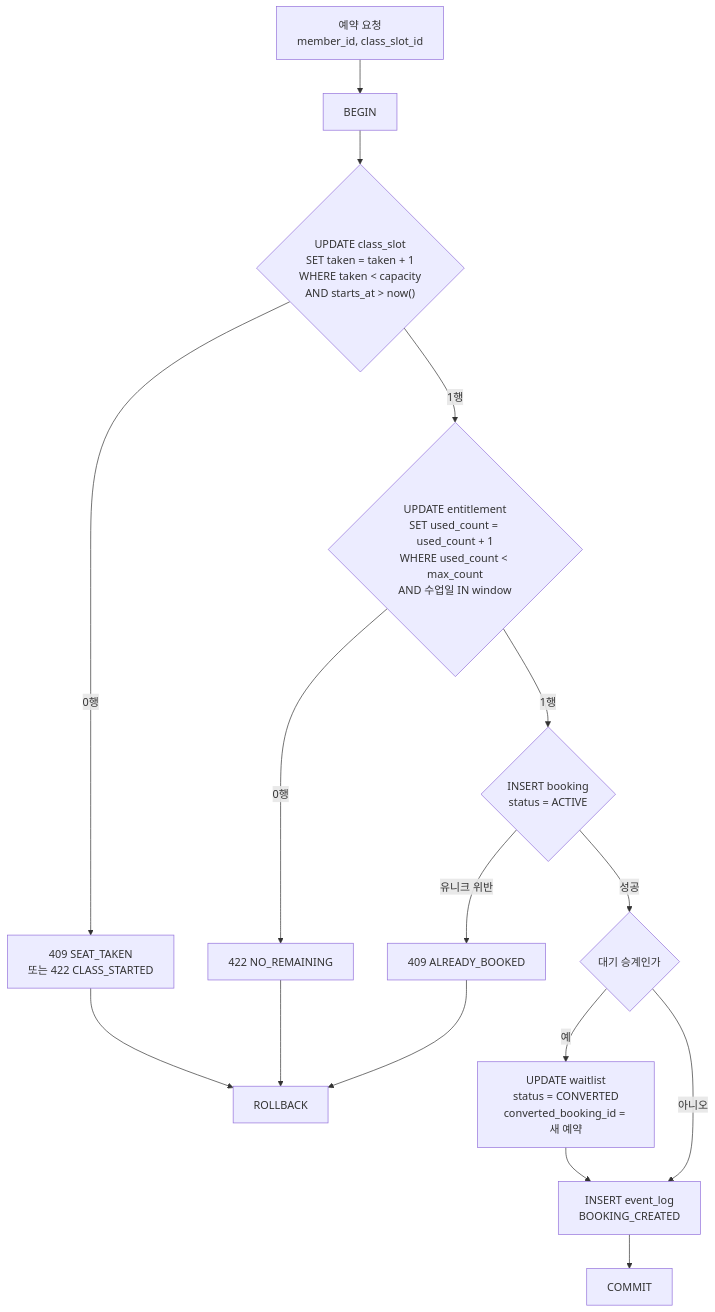
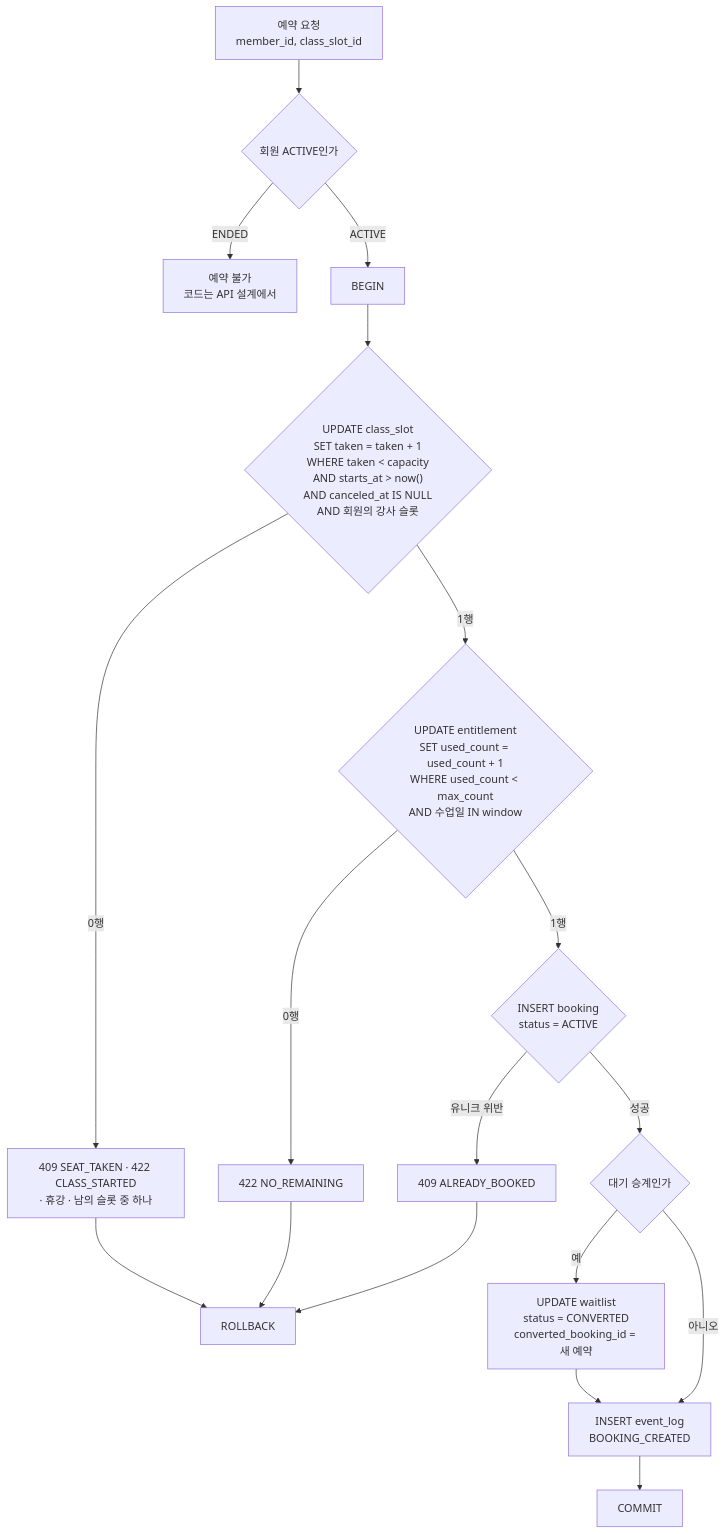
One commit to Fit-link-v2/FitLink-BE changed the first of 3 diagrams in docs/spec/booking/write-paths.md. Above: the diagram before and after it, drawn with Mermaid. The commit also changed other lines of this file and 17 other files, not shown here.

````diff
--- a/docs/spec/booking/write-paths.md
+++ b/docs/spec/booking/write-paths.md
@@ -11,18 +16,20 @@
 ```mermaid
 flowchart TD
-    A["예약 요청<br/>member_id, class_slot_id"] --> B["BEGIN"]
-    B --> C{"UPDATE class_slot<br/>SET taken = taken + 1<br/>WHERE taken < capacity<br/>AND starts_at > now()"}
-    C -->|"0행"| C1["409 SEAT_TAKEN<br/>또는 422 CLASS_STARTED"]
+    A["예약 요청<br/>member_id, class_slot_id"] --> A1{"회원 ACTIVE인가"}
+    A1 -->|"ENDED"| A2["예약 불가<br/>코드는 API 설계에서"]
+    A1 -->|"ACTIVE"| B["BEGIN"]
+    B --> C{"UPDATE class_slot<br/>SET taken = taken + 1<br/>WHERE taken < capacity<br/>AND starts_at > now()<br/>AND canceled_at IS NULL<br/>AND 회원의 강사 슬롯"}
+    C -->|"0행"| C1["409 SEAT_TAKEN · 422 CLASS_STARTED<br/>· 휴강 · 남의 슬롯 중 하나"]
     C -->|"1행"| D{"UPDATE entitlement<br/>SET used_count = used_count + 1<br/>WHERE used_count < max_count<br/>AND 수업일 IN window"}
     D -->|"0행"| D1["422 NO_REMAINING"]
     D -->|"1행"| E{"INSERT booking<br/>status = ACTIVE"}
     E -->|"유니크 위반"| E1["409 ALREADY_BOOKED"]
     E -->|"성공"| F{"대기 승계인가"}
     F -->|"예"| G["UPDATE waitlist<br/>status = CONVERTED<br/>converted_booking_id = 새 예약"]
     F -->|"아니오"| H["INSERT event_log<br/>BOOKING_CREATED"]
     G --> H
     H --> I["COMMIT"]
     C1 --> R["ROLLBACK"]
     D1 --> R
     E1 --> R
 ```
````
